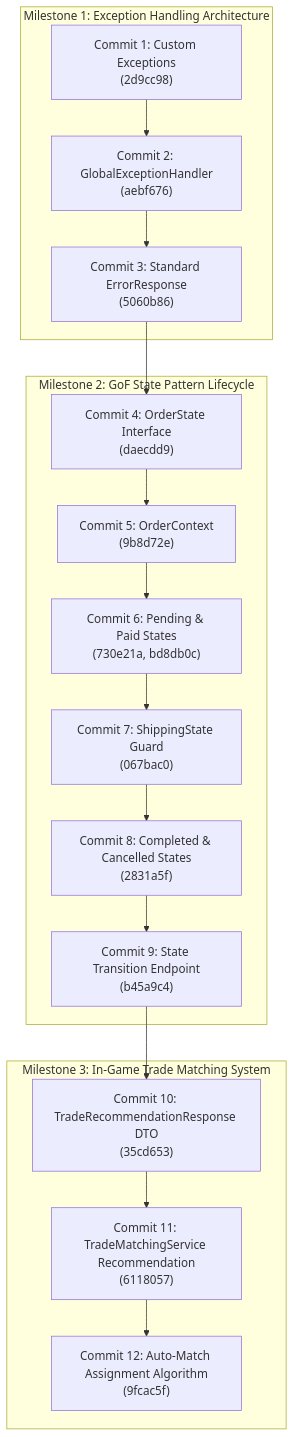
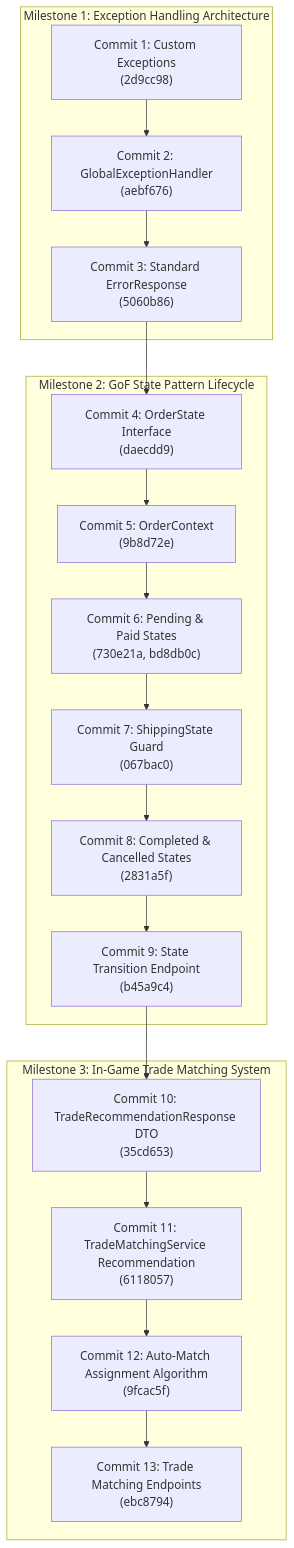
The diagram in knowledge.md (Bigzzz0/Pok-Vault_Commerce), drawn with Mermaid before and after one commit. The commit also changed other lines of this file, not shown here.

Commit message:
docs: document Commit 13 TradeMatchingApiController endpoints and update tracker

````diff
--- a/knowledge.md
+++ b/knowledge.md
@@ -34,22 +34,23 @@
 ```mermaid
 graph TD
     subgraph ExceptionHandling["Milestone 1: Exception Handling Architecture"]
         C1["Commit 1: Custom Exceptions\n(2d9cc98)"] --> C2["Commit 2: GlobalExceptionHandler\n(aebf676)"]
         C2 --> C3["Commit 3: Standard ErrorResponse\n(5060b86)"]
     end
 
     subgraph StatePattern["Milestone 2: GoF State Pattern Lifecycle"]
         C3 --> C4["Commit 4: OrderState Interface\n(daecdd9)"]
         C4 --> C5["Commit 5: OrderContext\n(9b8d72e)"]
         C5 --> C6["Commit 6: Pending & Paid States\n(730e21a, bd8db0c)"]
         C6 --> C7["Commit 7: ShippingState Guard\n(067bac0)"]
         C7 --> C8["Commit 8: Completed & Cancelled States\n(2831a5f)"]
         C8 --> C9["Commit 9: State Transition Endpoint\n(b45a9c4)"]
     end
 
     subgraph TradeMatching["Milestone 3: In-Game Trade Matching System"]
         C9 --> C10["Commit 10: TradeRecommendationResponse DTO\n(35cd653)"]
         C10 --> C11["Commit 11: TradeMatchingService Recommendation\n(6118057)"]
         C11 --> C12["Commit 12: Auto-Match Assignment Algorithm\n(9fcac5f)"]
+        C12 --> C13["Commit 13: Trade Matching Endpoints\n(ebc8794)"]
     end
 ```
````
